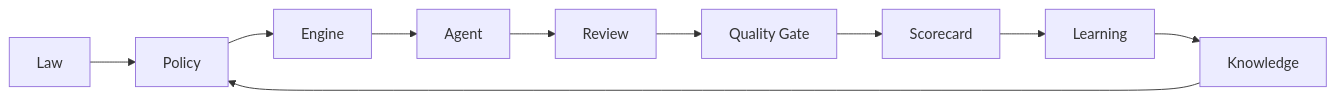
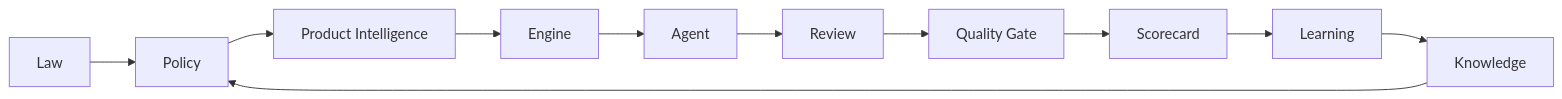
The diagram in knowledge-graph/README.md (thyags/method-ceip), drawn with Mermaid before and after one commit. The commit also changed other lines of this file and 103 other files, not shown here.

Commit message:
Add Product Intelligence System

````diff
--- a/knowledge-graph/README.md
+++ b/knowledge-graph/README.md
@@ -37,12 +38,13 @@
 ```mermaid
 flowchart LR
     A["Law"] --> B["Policy"]
-    B --> C["Engine"]
-    C --> D["Agent"]
-    D --> E["Review"]
-    E --> F["Quality Gate"]
-    F --> G["Scorecard"]
-    G --> H["Learning"]
-    H --> I["Knowledge"]
-    I --> B
+    B --> C["Product Intelligence"]
+    C --> D["Engine"]
+    D --> E["Agent"]
+    E --> F["Review"]
+    F --> G["Quality Gate"]
+    G --> H["Scorecard"]
+    H --> I["Learning"]
+    I --> J["Knowledge"]
+    J --> B
 ```
````
